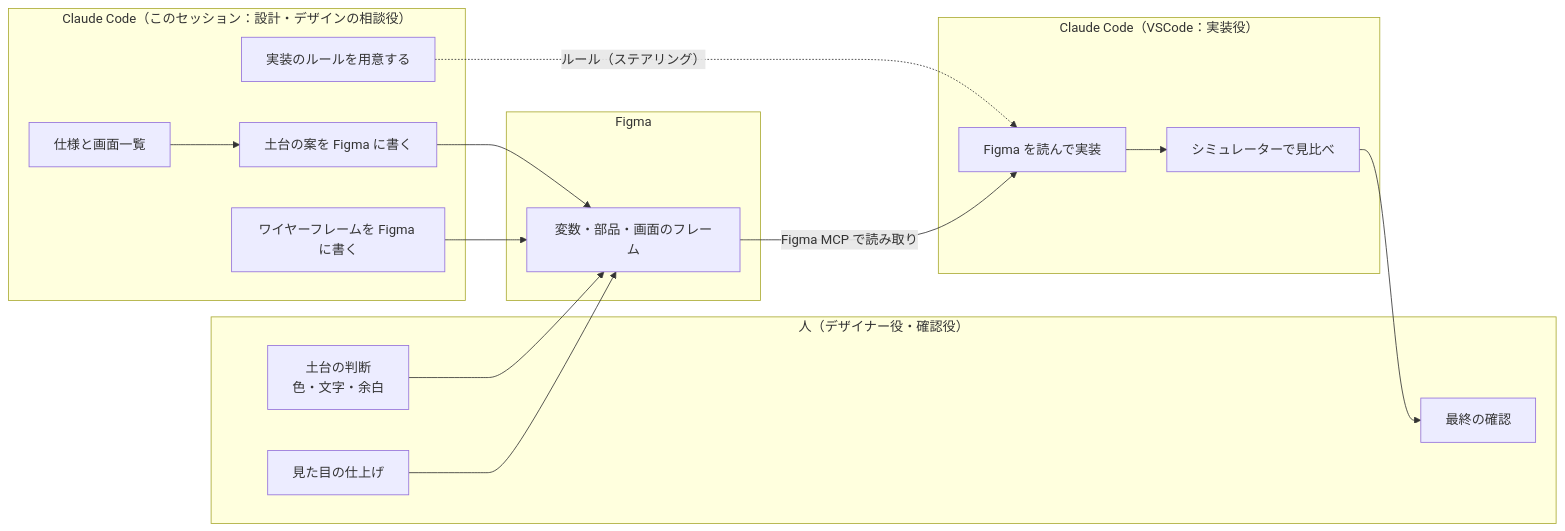
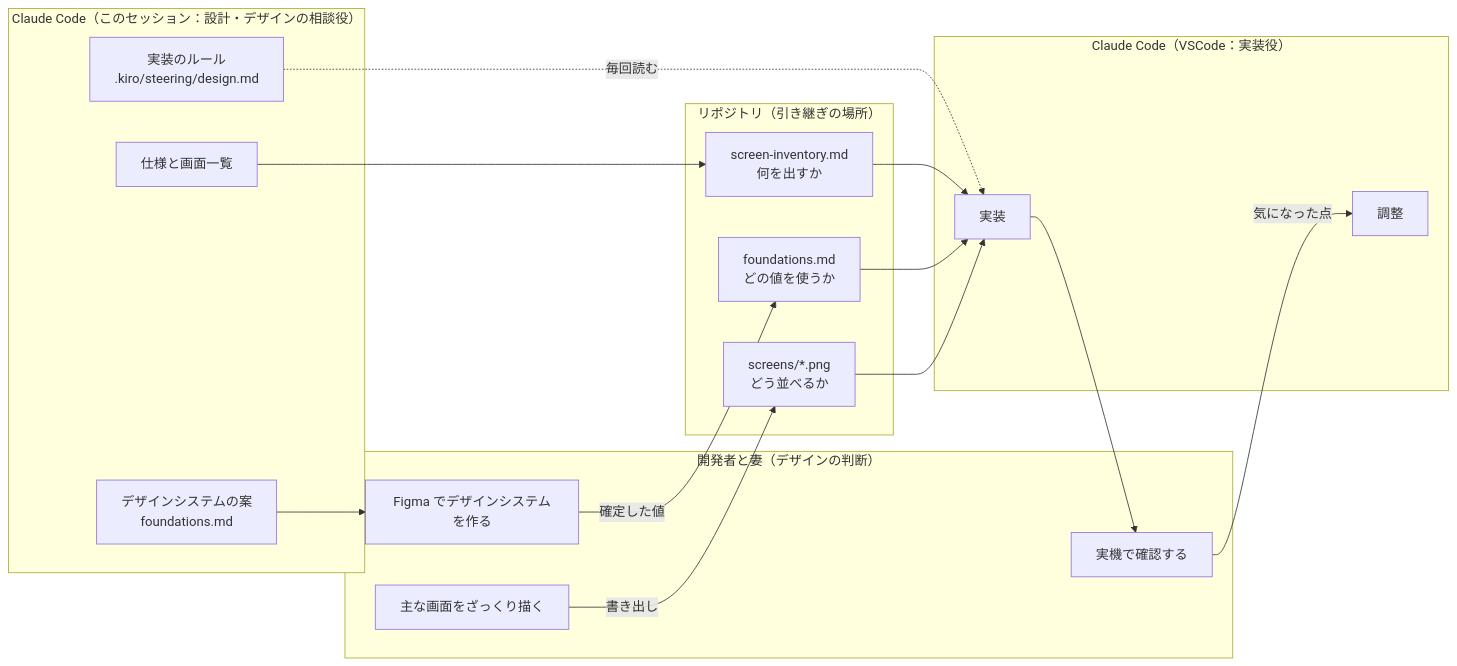
The second of 7 diagrams in docs/design/design-to-implementation.md (ch00z00/uchinokusa), drawn with Mermaid before and after one commit. The commit also changed other lines of this file and 6 other files, not shown here.

First line of the commit message:
docs(design): デザインの土台（foundations）と ADR 0002・0003 を追加

````diff
--- a/docs/design/design-to-implementation.md
+++ b/docs/design/design-to-implementation.md
@@ -43,31 +48,36 @@
 ```mermaid
 flowchart LR
-    subgraph Human["人（デザイナー役・確認役）"]
-        H2["土台の判断<br/>色・文字・余白"]
-        H4["見た目の仕上げ"]
-        H6["最終の確認"]
+    subgraph CCQ["Claude Code（このセッション：設計・デザインの相談役）"]
+        Q1["仕様と画面一覧"]
+        Q2["デザインシステムの案<br/>foundations.md"]
+        QR["実装のルール<br/>.kiro/steering/design.md"]
     end
 
-    subgraph CCQ["Claude Code（このセッション：設計・デザインの相談役）"]
-        Q1["仕様と画面一覧"]
-        Q2["土台の案を Figma に書く"]
-        Q3["ワイヤーフレームを Figma に書く"]
-        QR["実装のルールを用意する"]
+    subgraph Human["開発者と妻（デザインの判断）"]
+        H2["Figma でデザインシステムを作る"]
+        H3["主な画面をざっくり描く"]
+        H6["実機で確認する"]
     end
 
-    subgraph Figma["Figma"]
-        F["変数・部品・画面のフレーム"]
+    subgraph Repo["リポジトリ（引き継ぎの場所）"]
+        R1["screen-inventory.md<br/>何を出すか"]
+        R2["foundations.md<br/>どの値を使うか"]
+        R3["screens/*.png<br/>どう並べるか"]
     end
 
     subgraph CCV["Claude Code（VSCode：実装役）"]
-        V5["Figma を読んで実装"]
-        V6["シミュレーターで見比べ"]
+        V5["実装"]
+        V6["調整"]
     end
 
-    Q1 --> Q2 --> F
-    H2 --> F
-    Q3 --> F
-    H4 --> F
-    QR -.->|"ルール（ステアリング）"| V5
-    F -->|"Figma MCP で読み取り"| V5 --> V6 --> H6
+    Q1 --> R1
+    Q2 --> H2
+    H2 -->|"確定した値"| R2
+    H3 -->|"書き出し"| R3
+    QR -.->|"毎回読む"| V5
+    R1 --> V5
+    R2 --> V5
+    R3 --> V5
+    V5 --> H6
+    H6 -->|"気になった点"| V6
 ```
````
